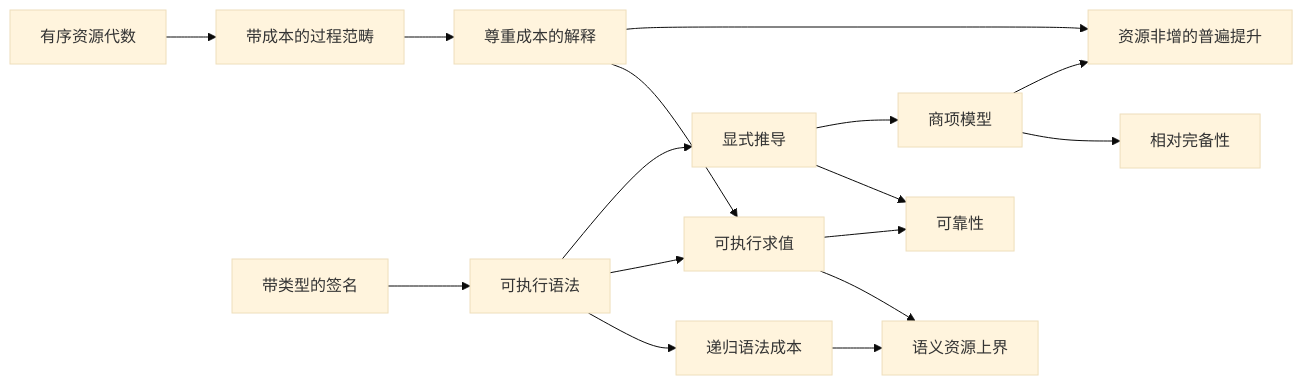
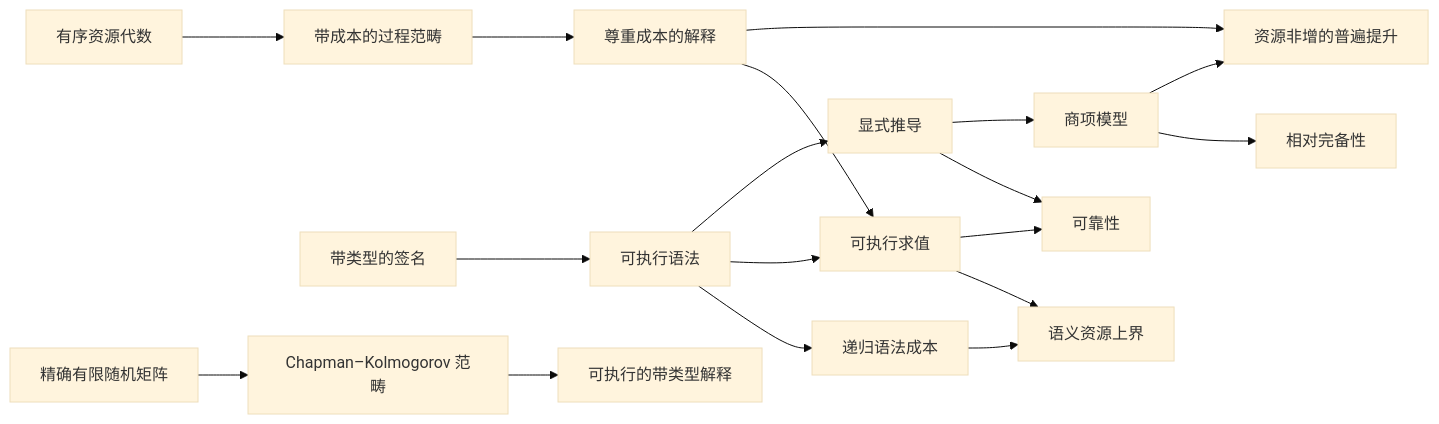
One commit to miuchan/ript changed the diagram in docs/README.zh-CN.md. Above: the diagram before and after it, drawn with Mermaid (base theme). The commit also changed other lines of this file and 12 other files, not shown here.

````diff
--- a/docs/README.zh-CN.md
+++ b/docs/README.zh-CN.md
@@ -186,18 +200,20 @@
 ```mermaid
 flowchart LR
   R["有序资源代数"] --> C["带成本的过程范畴"]
   S["带类型的签名"] --> X["可执行语法"]
   X --> K["递归语法成本"]
   C --> I["尊重成本的解释"]
   X --> E["可执行求值"]
   I --> E
   K --> B["语义资源上界"]
   E --> B
   X --> D["显式推导"]
   D --> SO["可靠性"]
   E --> SO
   D --> T["商项模型"]
   T --> CO["相对完备性"]
   I --> U["资源非增的普遍提升"]
   T --> U
+  F["精确有限随机矩阵"] --> CK["Chapman–Kolmogorov 范畴"]
+  CK --> EX["可执行的带类型解释"]
 ```
````
